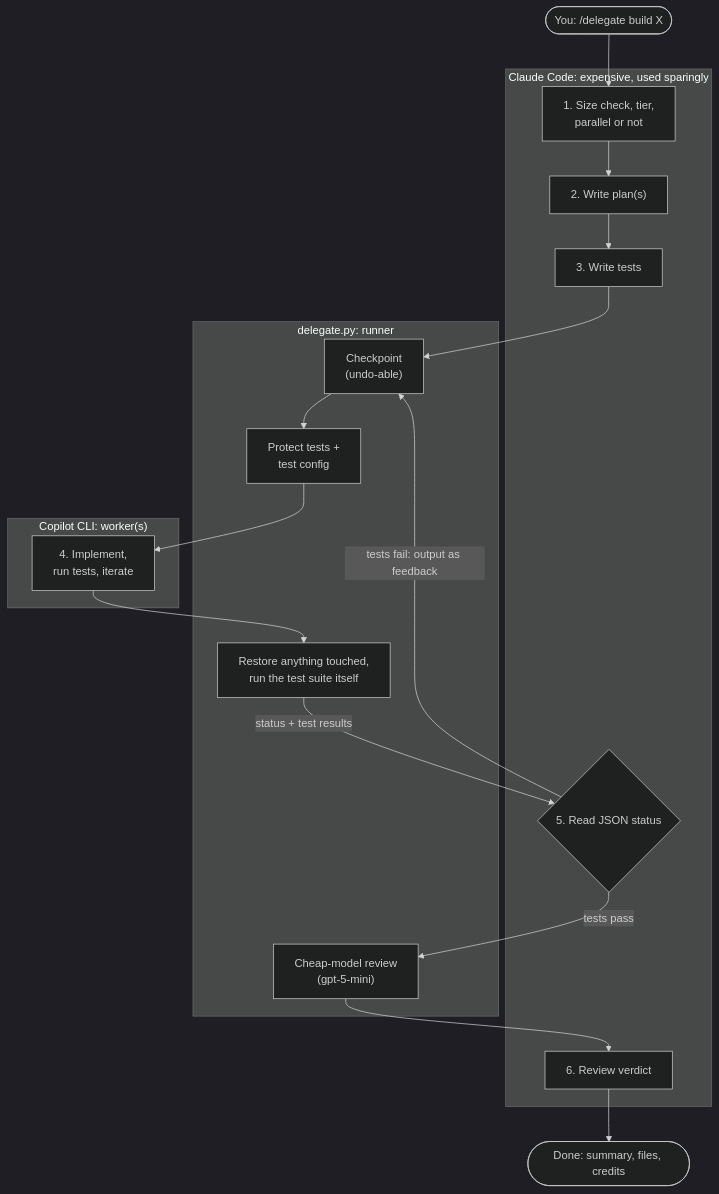
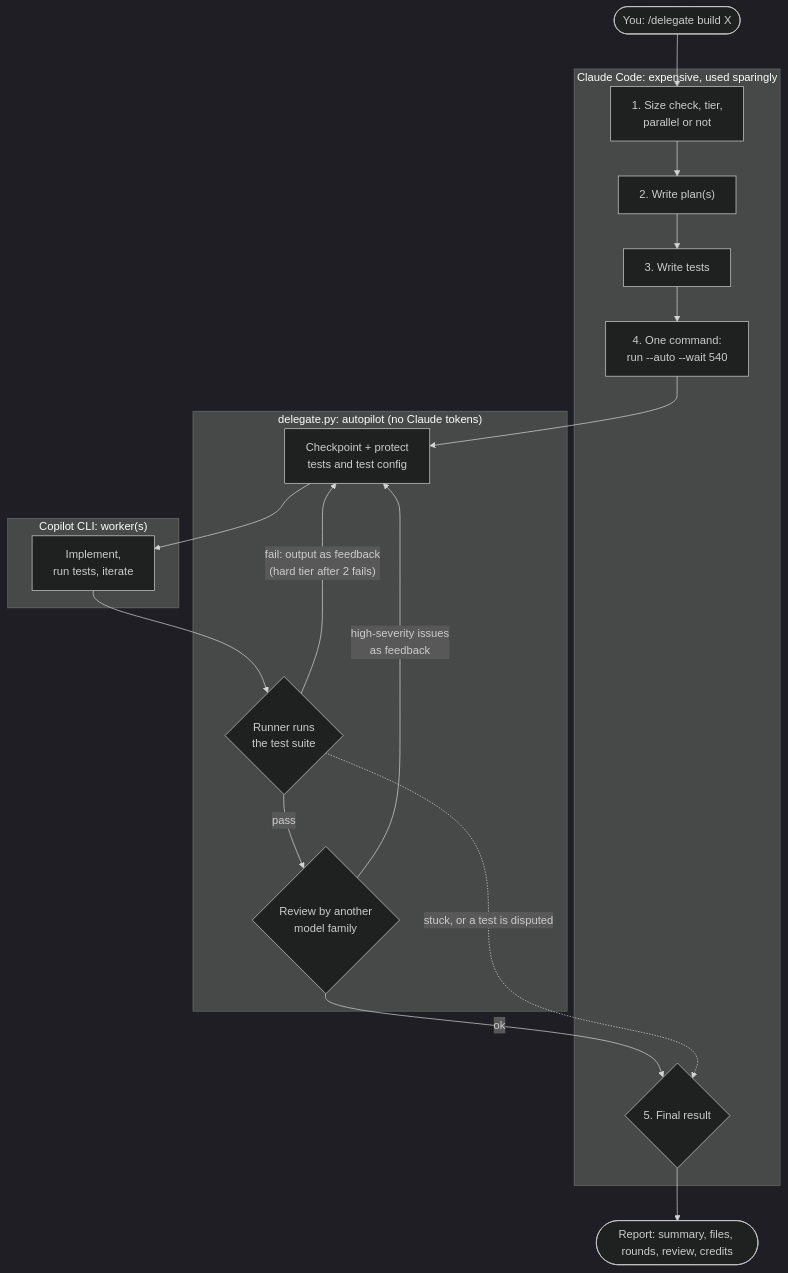
The first of 6 diagrams in README.md (gaztrabisme/claude-subagent-delegation), drawn with Mermaid (dark theme) before and after one commit. The commit also changed other lines of this file and 5 other files, not shown here.

````diff
--- a/README.md
+++ b/README.md
@@ -36,27 +37,29 @@
 ```mermaid
 flowchart TD
     U(["You: /delegate build X"]) --> C
 
     subgraph CL["Claude Code: expensive, used sparingly"]
         C["1. Size check, tier,<br/>parallel or not"] --> P["2. Write plan(s)"] --> T["3. Write tests"]
-        V{"5. Read JSON status"}
-        RV["6. Review verdict"]
+        T --> RUN["4. One command:<br/>run --auto --wait 540"]
+        RES{"5. Final result"}
     end
 
-    subgraph R["delegate.py: runner"]
-        CP["Checkpoint<br/>(undo-able)"] --> G["Protect tests +<br/>test config"]
-        CHK["Restore anything touched,<br/>run the test suite itself"]
-        REV["Cheap-model review<br/>(gpt-5-mini)"]
+    subgraph R["delegate.py: autopilot (no Claude tokens)"]
+        CP["Checkpoint + protect<br/>tests and test config"]
+        CHK{"Runner runs<br/>the test suite"}
+        REV{"Review by another<br/>model family"}
     end
 
     subgraph W["Copilot CLI: worker(s)"]
-        I["4. Implement,<br/>run tests, iterate"]
+        I["Implement,<br/>run tests, iterate"]
     end
 
-    T --> CP
-    G --> I --> CHK
-    CHK -- "status + test results" --> V
-    V -- "tests fail: output as feedback" --> CP
-    V -- "tests pass" --> REV --> RV
-    RV --> D(["Done: summary, files, credits"])
+    RUN --> CP
+    CP --> I --> CHK
+    CHK -- "fail: output as feedback<br/>(hard tier after 2 fails)" --> CP
+    CHK -- pass --> REV
+    REV -- "high-severity issues<br/>as feedback" --> CP
+    REV -- "ok" --> RES
+    CHK -. "stuck, or a test is disputed" .-> RES
+    RES --> D(["Report: summary, files, rounds, review, credits"])
 ```
````
